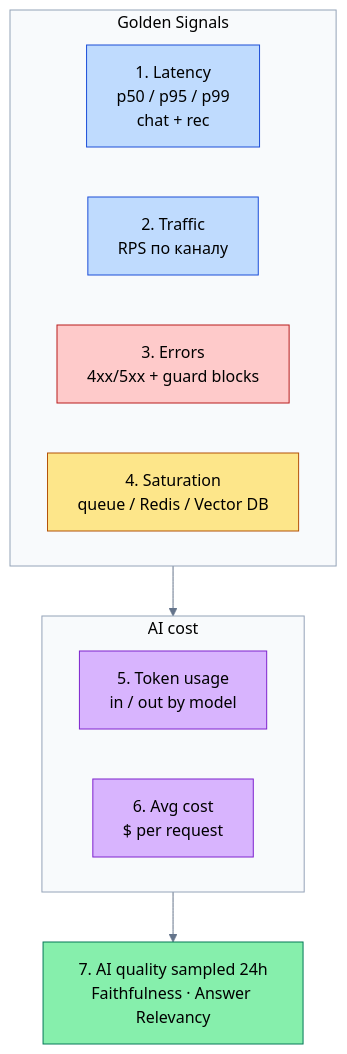
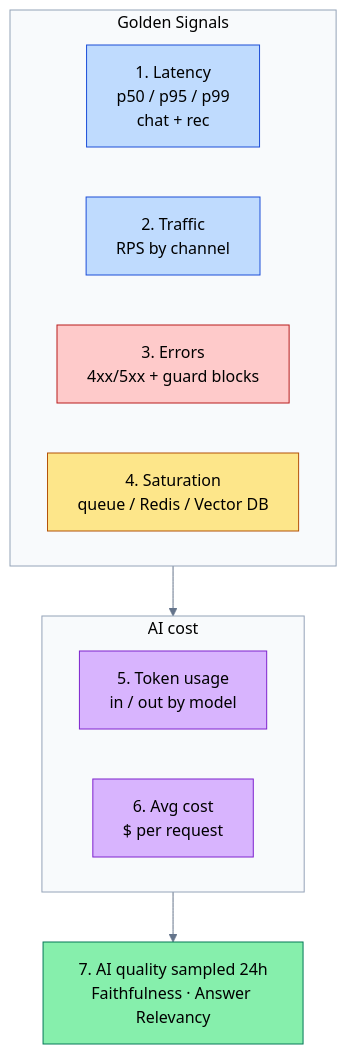
One commit to YuesIt17/yuit-docs-ai-architect changed the second of 2 diagrams in hw-6/docs/quality-assurance.md. Above: the diagram before and after it, drawn with Mermaid. The commit also changed other lines of this file and 12 other files, not shown here.

````diff
--- a/hw-6/docs/quality-assurance.md
+++ b/hw-6/docs/quality-assurance.md
@@ -105,29 +105,29 @@
 ```mermaid
 %%{init: {"theme": "base", "themeVariables": {"primaryTextColor": "#000000", "secondaryTextColor": "#000000", "tertiaryTextColor": "#000000", "lineColor": "#64748b", "primaryBorderColor": "#64748b"}}}%%
 flowchart TB
   subgraph golden["Golden Signals"]
     direction LR
     L["1. Latency<br/>p50 / p95 / p99<br/>chat + rec"]
-    T["2. Traffic<br/>RPS по каналу"]
+    T["2. Traffic<br/>RPS by channel"]
     E["3. Errors<br/>4xx/5xx + guard blocks"]
     S["4. Saturation<br/>queue / Redis / Vector DB"]
   end
   subgraph ai["AI cost"]
     direction LR
     Tok["5. Token usage<br/>in / out by model"]
     Cost["6. Avg cost<br/>$ per request"]
   end
   Q["7. AI quality sampled 24h<br/>Faithfulness · Answer Relevancy"]
 
   golden --> ai --> Q
 
   style L fill:#bfdbfe,stroke:#1d4ed8,color:#000
   style T fill:#bfdbfe,stroke:#1d4ed8,color:#000
   style E fill:#fecaca,stroke:#b91c1c,color:#000
   style S fill:#fde68a,stroke:#b45309,color:#000
   style Tok fill:#d8b4fe,stroke:#7e22ce,color:#000
   style Cost fill:#d8b4fe,stroke:#7e22ce,color:#000
   style Q fill:#86efac,stroke:#047857,color:#000
   style golden fill:#f8fafc,stroke:#94a3b8,color:#000
   style ai fill:#f8fafc,stroke:#94a3b8,color:#000
 ```
````
